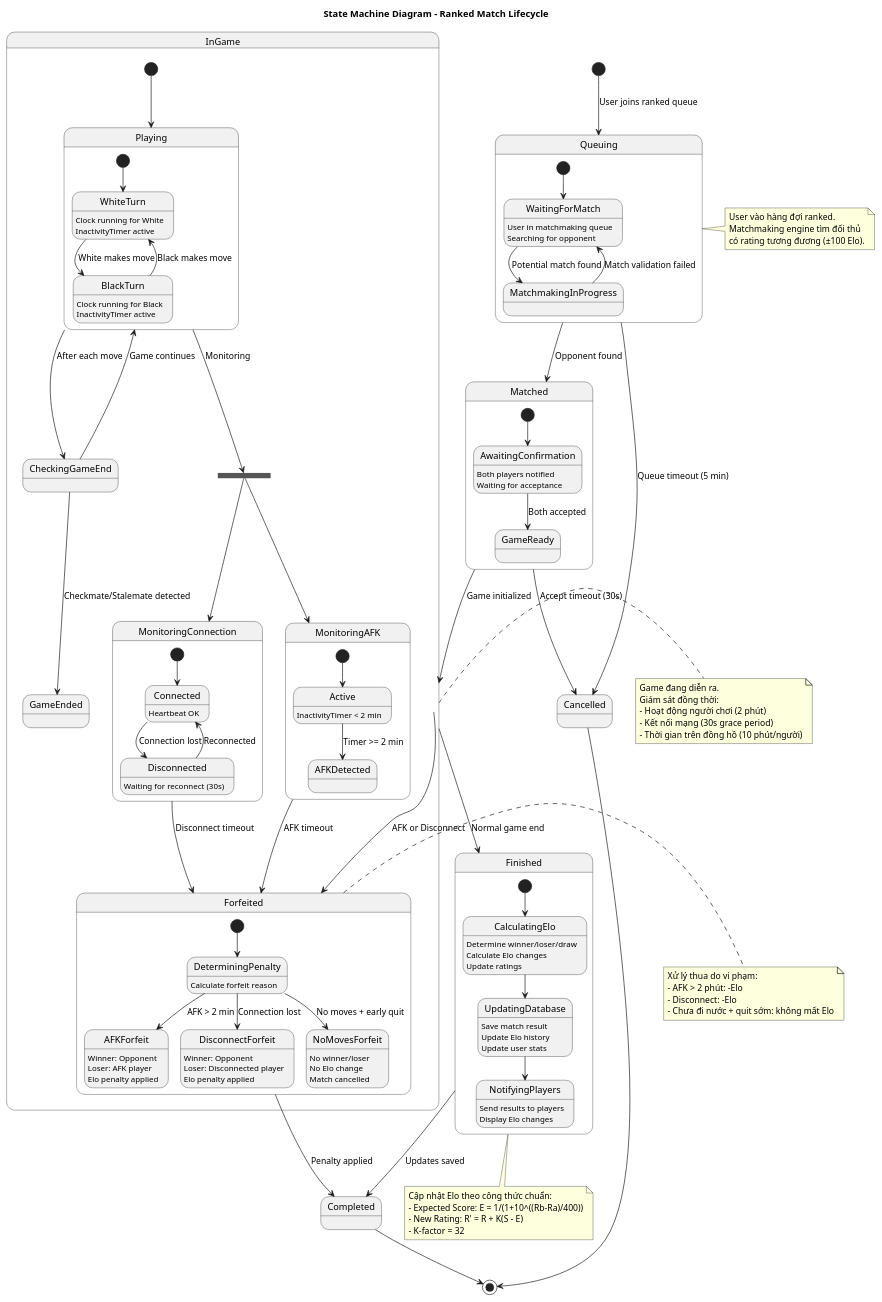
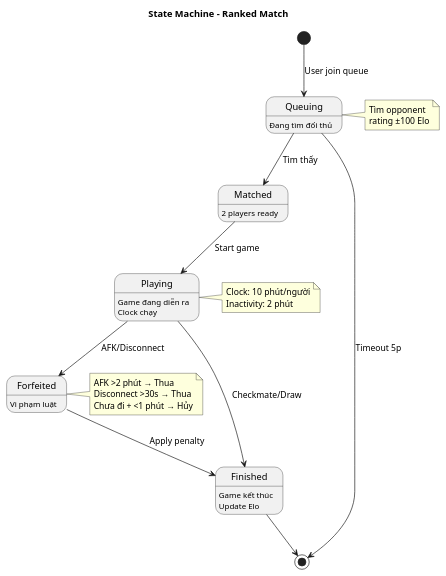
The diagram in diagram/statemachine/ranked_match_state.puml (Sagitoaz/ChessWeb), drawn with PlantUML before and after one commit. The commit also changed 6 other files, not shown here.

Commit message:
Refactor activity, sequence, and state diagrams for ranked match system; update titles and streamline processes

```diff
--- a/diagram/statemachine/ranked_match_state.puml
+++ b/diagram/statemachine/ranked_match_state.puml
@@ -1,156 +1,42 @@
 @startuml UML_P3_Ranked_Match_StateMachine
 
-title State Machine Diagram - Ranked Match Lifecycle
+title State Machine - Ranked Match
 
-[*] --> Queuing : User joins ranked queue
+[*] --> Queuing : User join queue
 
-state Queuing {
-    [*] --> WaitingForMatch
-    WaitingForMatch : User in matchmaking queue
-    WaitingForMatch : Searching for opponent
-    
-    WaitingForMatch --> MatchmakingInProgress : Potential match found
-    MatchmakingInProgress --> WaitingForMatch : Match validation failed
-}
+Queuing : Đang tìm đối thủ
+Queuing --> Matched : Tìm thấy
+Queuing --> [*] : Timeout 5p
 
-Queuing --> Matched : Opponent found
+Matched : 2 players ready
+Matched --> Playing : Start game
 
-state Matched {
-    [*] --> AwaitingConfirmation
-    AwaitingConfirmation : Both players notified
-    AwaitingConfirmation : Waiting for acceptance
-    
-    AwaitingConfirmation --> GameReady : Both accepted
-}
+Playing : Game đang diễn ra
+Playing : Clock chạy
+Playing --> Finished : Checkmate/Draw
+Playing --> Forfeited : AFK/Disconnect
 
-Matched --> InGame : Game initialized
+Forfeited : Vi phạm luật
+Forfeited --> Finished : Apply penalty
 
-state InGame {
-    [*] --> Playing
-    
-    state Playing {
-        [*] --> WhiteTurn
-        WhiteTurn --> BlackTurn : White makes move
-        BlackTurn --> WhiteTurn : Black makes move
-        
-        WhiteTurn : Clock running for White
-        WhiteTurn : InactivityTimer active
-        
-        BlackTurn : Clock running for Black
-        BlackTurn : InactivityTimer active
-    }
-    
-    Playing --> CheckingGameEnd : After each move
-    CheckingGameEnd --> Playing : Game continues
-    
-    state CheckingGameEnd <<choice>>
-    CheckingGameEnd --> GameEnded : Checkmate/Stalemate detected
-    
-    state fork_afk <<fork>>
-    Playing --> fork_afk : Monitoring
-    
-    fork_afk --> MonitoringAFK
-    fork_afk --> MonitoringConnection
-    
-    state MonitoringAFK {
-        [*] --> Active
-        Active : InactivityTimer < 2 min
-        Active --> AFKDetected : Timer >= 2 min
-    }
-    
-    state MonitoringConnection {
-        [*] --> Connected
-        Connected : Heartbeat OK
-        Connected --> Disconnected : Connection lost
-        Disconnected : Waiting for reconnect (30s)
-        Disconnected --> Connected : Reconnected
-    }
-    
-    MonitoringAFK --> Forfeited : AFK timeout
-    MonitoringConnection --> Forfeited : Disconnect timeout
-}
-
-InGame --> Finished : Normal game end
-InGame --> Forfeited : AFK or Disconnect
-
-state Forfeited {
-    [*] --> DeterminingPenalty
-    
-    DeterminingPenalty : Calculate forfeit reason
-    
-    state DeterminingPenalty <<choice>>
-    DeterminingPenalty --> AFKForfeit : AFK > 2 min
-    DeterminingPenalty --> DisconnectForfeit : Connection lost
-    DeterminingPenalty --> NoMovesForfeit : No moves + early quit
-    
-    AFKForfeit : Winner: Opponent
-    AFKForfeit : Loser: AFK player
-    AFKForfeit : Elo penalty applied
-    
-    DisconnectForfeit : Winner: Opponent
-    DisconnectForfeit : Loser: Disconnected player
-    DisconnectForfeit : Elo penalty applied
-    
-    NoMovesForfeit : No winner/loser
-    NoMovesForfeit : No Elo change
-    NoMovesForfeit : Match cancelled
-}
-
-state Finished {
-    [*] --> CalculatingElo
-    
-    CalculatingElo : Determine winner/loser/draw
-    CalculatingElo : Calculate Elo changes
-    CalculatingElo : Update ratings
-    
-    CalculatingElo --> UpdatingDatabase
-    
-    UpdatingDatabase : Save match result
-    UpdatingDatabase : Update Elo history
-    UpdatingDatabase : Update user stats
-    
-    UpdatingDatabase --> NotifyingPlayers
-    
-    NotifyingPlayers : Send results to players
-    NotifyingPlayers : Display Elo changes
-}
-
-Forfeited --> Completed : Penalty applied
-Finished --> Completed : Updates saved
-
-Completed --> [*]
-
-' Timeout transitions
-Queuing --> Cancelled : Queue timeout (5 min)
-Matched --> Cancelled : Accept timeout (30s)
-Cancelled --> [*]
+Finished : Game kết thúc
+Finished : Update Elo
+Finished --> [*]
 
 note right of Queuing
-  User vào hàng đợi ranked.
-  Matchmaking engine tìm đối thủ
-  có rating tương đương (±100 Elo).
+  Tìm opponent
+  rating ±100 Elo
 end note
 
-note right of InGame
-  Game đang diễn ra.
-  Giám sát đồng thời:
-  - Hoạt động người chơi (2 phút)
-  - Kết nối mạng (30s grace period)
-  - Thời gian trên đồng hồ (10 phút/người)
+note right of Playing
+  Clock: 10 phút/người
+  Inactivity: 2 phút
 end note
 
 note right of Forfeited
-  Xử lý thua do vi phạm:
-  - AFK > 2 phút: -Elo
-  - Disconnect: -Elo
-  - Chưa đi nước + quit sớm: không mất Elo
-end note
-
-note bottom of Finished
-  Cập nhật Elo theo công thức chuẩn:
-  - Expected Score: E = 1/(1+10^((Rb-Ra)/400))
-  - New Rating: R' = R + K(S - E)
-  - K-factor = 32
+  AFK >2 phút → Thua
+  Disconnect >30s → Thua
+  Chưa đi + <1 phút → Hủy
 end note
 
 @enduml
```
